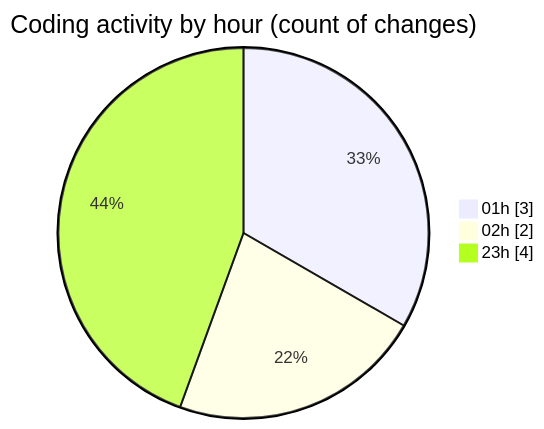
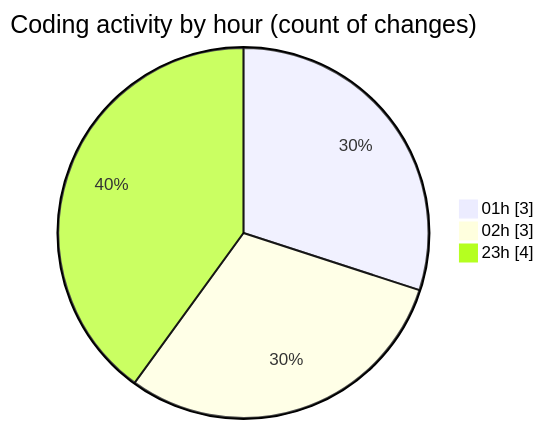
The second of 2 diagrams in 2025-09-08/quanlylink/README.md (lephambinh05/code-tracking), drawn with Mermaid before and after one commit. The commit also changed other lines of this file and 1 other file, not shown here.

````diff
--- a/2025-09-08/quanlylink/README.md
+++ b/2025-09-08/quanlylink/README.md
@@ -34,7 +36,7 @@
 ```mermaid
 pie showData
 title Coding activity by hour (count of changes)
 "01h" : 3
-"02h" : 2
+"02h" : 3
 "23h" : 4
 ```
````
